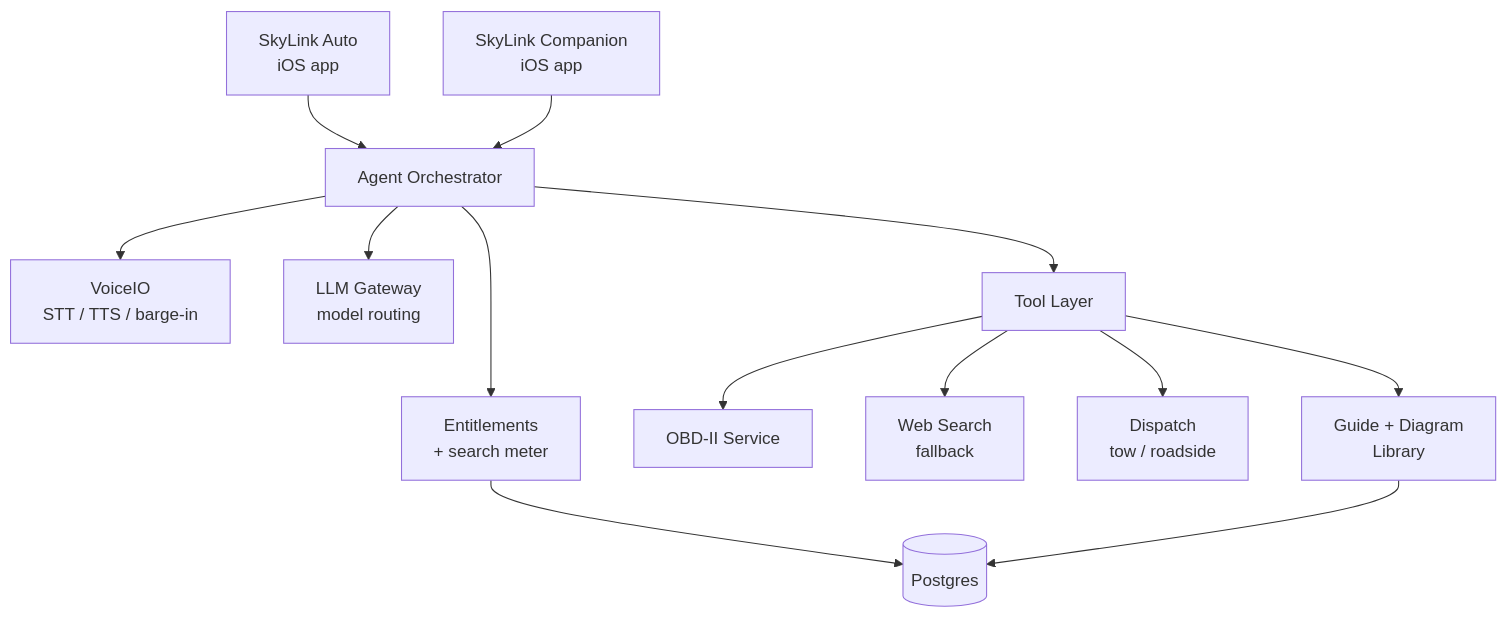
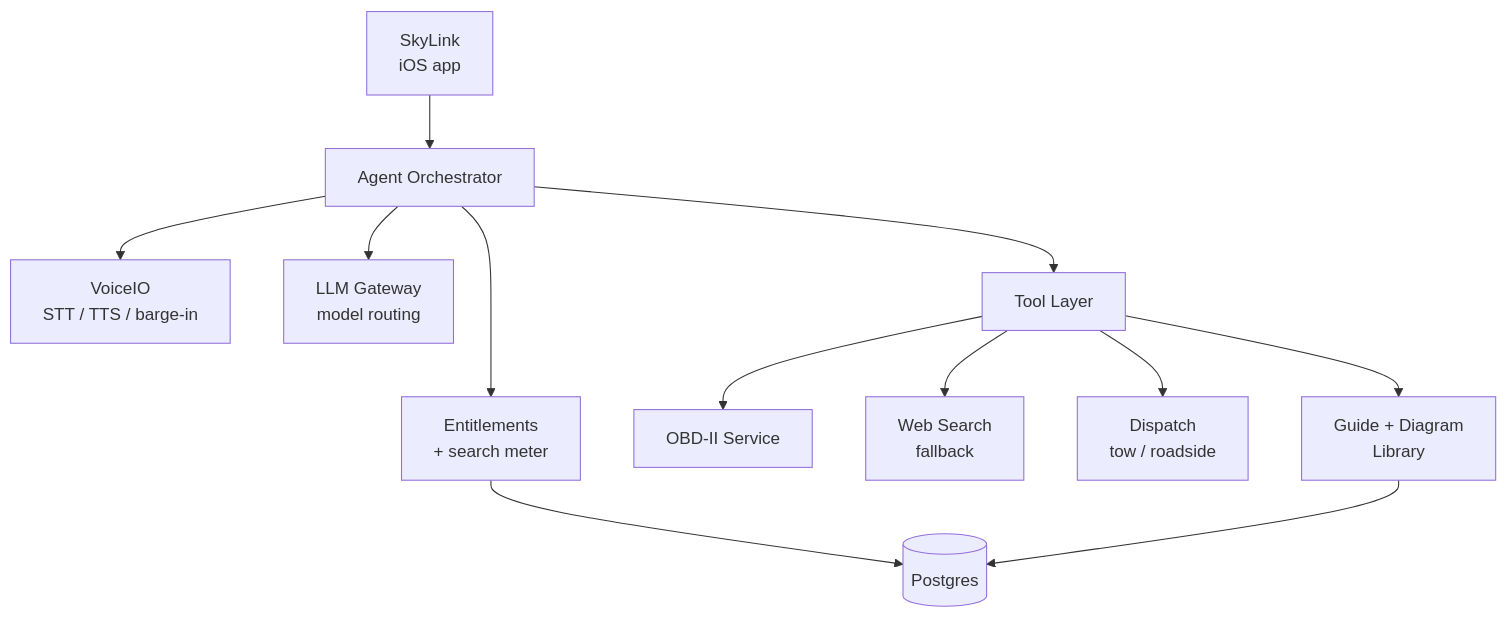
The diagram in docs/02-architecture.md (marcompsci/SkyLink), drawn with Mermaid before and after one commit. The commit also changed other lines of this file and 55 other files, not shown here.

First line of the commit message:
scope: cut Companion and MindFlow — SkyLink is a car app only

````diff
--- a/docs/02-architecture.md
+++ b/docs/02-architecture.md
@@ -8,15 +7,14 @@
 ```mermaid
 flowchart TD
-  A[SkyLink Auto<br/>iOS app] --> O[Agent Orchestrator]
-  B[SkyLink Companion<br/>iOS app] --> O
+  A[SkyLink<br/>iOS app] --> O[Agent Orchestrator]
   O --> V[VoiceIO<br/>STT / TTS / barge-in]
   O --> L[LLM Gateway<br/>model routing]
   O --> T[Tool Layer]
   T --> KB[Guide + Diagram<br/>Library]
   T --> OB[OBD-II Service]
   T --> WS[Web Search<br/>fallback]
   T --> DP[Dispatch<br/>tow / roadside]
   O --> E[Entitlements<br/>+ search meter]
   E --> DB[(Postgres)]
   KB --> DB
 ```
````
